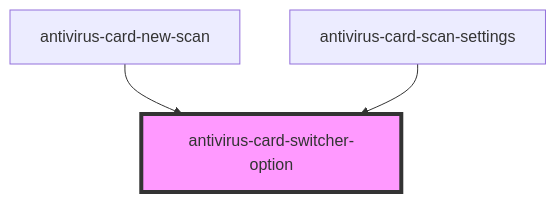
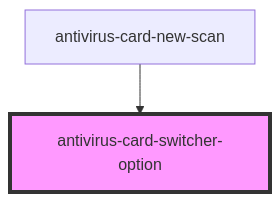
One commit to ispsystem/plugin-imunify changed the diagram in client/packages/antivirus-card/src/components/switcher-option/readme.md. Above: the diagram before and after it, drawn with Mermaid. The commit also changed other lines of this file and 10 other files, not shown here.

Commit message:
fix(antivirus-card): 🐛 fix bugs

````diff
--- a/client/packages/antivirus-card/src/components/switcher-option/readme.md
+++ b/client/packages/antivirus-card/src/components/switcher-option/readme.md
@@ -33,6 +32,5 @@
 ```mermaid
 graph TD;
   antivirus-card-new-scan --> antivirus-card-switcher-option
-  antivirus-card-scan-settings --> antivirus-card-switcher-option
   style antivirus-card-switcher-option fill:#f9f,stroke:#333,stroke-width:4px
 ```
````
